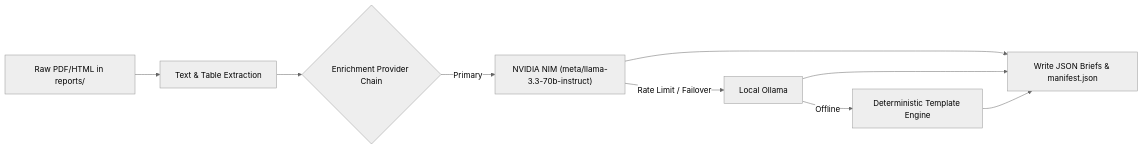
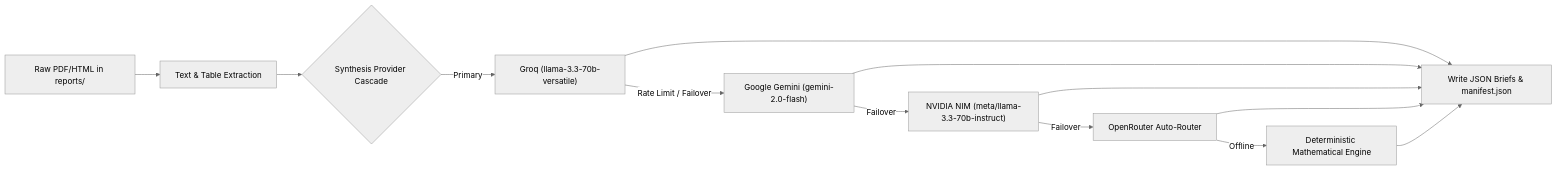
The second of 3 diagrams in README.md (yieldchaser/Shipping), drawn with Mermaid (neutral theme) before and after one commit. The commit also changed other lines of this file and 1 other file, not shown here.

Commit message:
docs: update README and generator docstrings with multi-LLM cascade, Deep Research, and Web Grounding

````diff
--- a/README.md
+++ b/README.md
@@ -323,11 +323,15 @@
 ```mermaid
 flowchart LR
     PDF["Raw PDF/HTML in reports/"] --> Extract["Text & Table Extraction"]
-    Extract --> Chain{"Enrichment Provider Chain"}
-    Chain -->|Primary| P1["NVIDIA NIM (meta/llama-3.3-70b-instruct)"]
-    P1 -->|Rate Limit / Failover| P2["Local Ollama"]
-    P2 -->|Offline| P3["Deterministic Template Engine"]
+    Extract --> Chain{"Synthesis Provider Cascade"}
+    Chain -->|Primary| P1["Groq (llama-3.3-70b-versatile)"]
+    P1 -->|Rate Limit / Failover| P2["Google Gemini (gemini-2.0-flash)"]
+    P2 -->|Failover| P3["NVIDIA NIM (meta/llama-3.3-70b-instruct)"]
+    P3 -->|Failover| P4["OpenRouter Auto-Router"]
+    P4 -->|Offline| P5["Deterministic Mathematical Engine"]
     P1 --> Write["Write JSON Briefs & manifest.json"]
     P2 --> Write
     P3 --> Write
+    P4 --> Write
+    P5 --> Write
 ```
````
